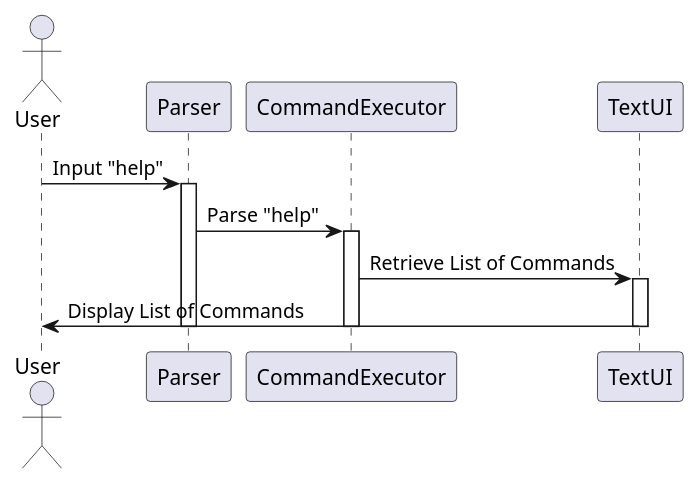
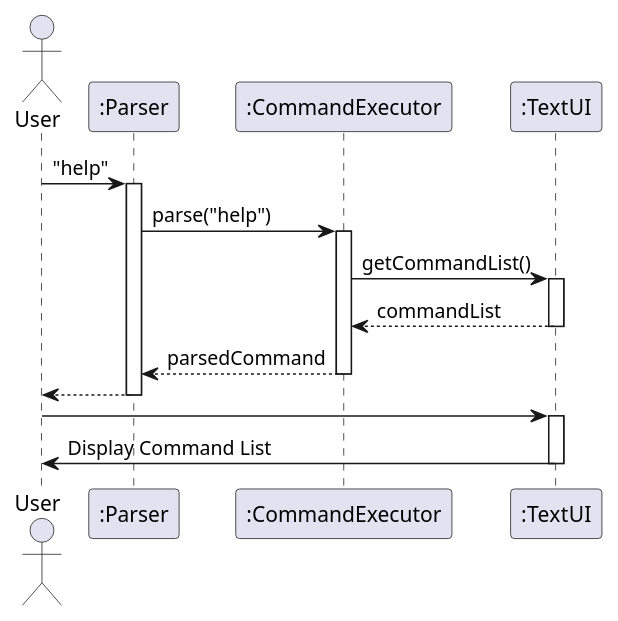
Before and after one commit to EdwinTun98/tp: the diagram in docs/diagrams/Help_Seq.puml, drawn with PlantUML. The commit also changed 30 other files, not shown here.

Commit message:
Added colons in front of entites in all sequence diagrams

```diff
--- a/docs/diagrams/Help_Seq.puml
+++ b/docs/diagrams/Help_Seq.puml
@@ -1,17 +1,29 @@
 @startuml
 actor User
-User -> Parser : Input "help"
+participant Parser as ":Parser"
+participant CommandExecutor as ":CommandExecutor"
+participant TextUI as ":TextUI"
+
+User -> Parser : "help"
 activate Parser
 
-Parser -> CommandExecutor : Parse "help"
+Parser -> CommandExecutor : parse("help")
 activate CommandExecutor
 
-CommandExecutor -> TextUI : Retrieve List of Commands
+CommandExecutor -> TextUI : getCommandList()
 activate TextUI
 
-TextUI -> User : Display List of Commands
+TextUI --> CommandExecutor : commandList
 deactivate TextUI
 
+CommandExecutor --> Parser : parsedCommand
 deactivate CommandExecutor
+
+Parser --> User :
 deactivate Parser
+
+User -> TextUI :
+activate TextUI
+TextUI -> User : Display Command List
+deactivate TextUI
 @enduml
```
